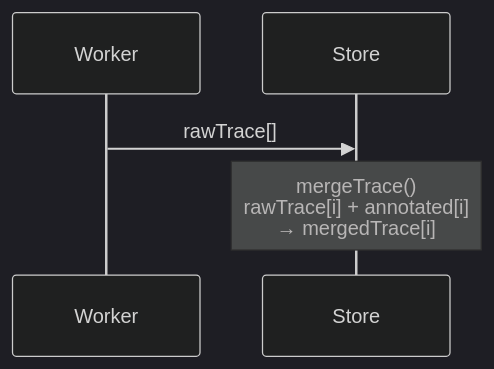
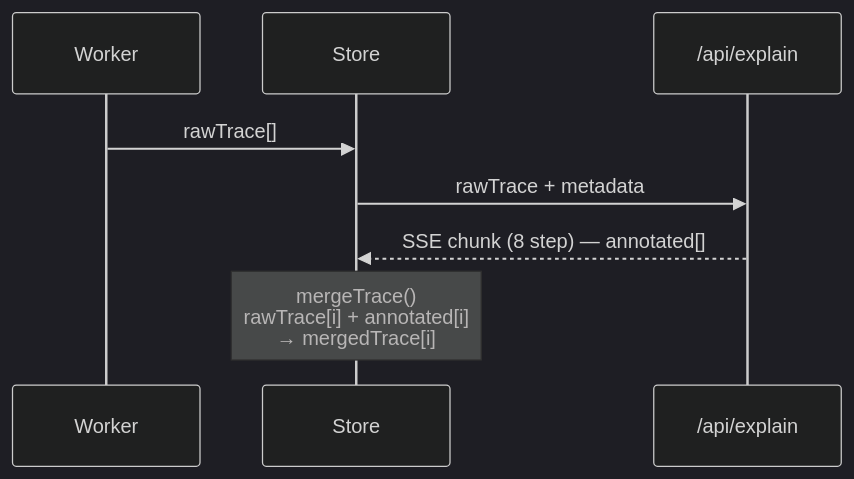
One commit to ultra-ai-dle/frogger changed the diagram in docs/features/trace.md. Above: the diagram before and after it, drawn with Mermaid (dark theme). The commit also changed other lines of this file and 24 other files, not shown here.

````diff
--- a/docs/features/trace.md
+++ b/docs/features/trace.md
@@ -8,8 +8,11 @@
 ```mermaid
 sequenceDiagram
     participant W as Worker
     participant S as Store
+    participant AI as /api/explain
 
     W->>S: rawTrace[]
+    S->>AI: rawTrace + metadata
+    AI-->>S: SSE chunk (8 step) — annotated[]
     Note over S: mergeTrace()<br/>rawTrace[i] + annotated[i]<br/>→ mergedTrace[i]
 ```
````
